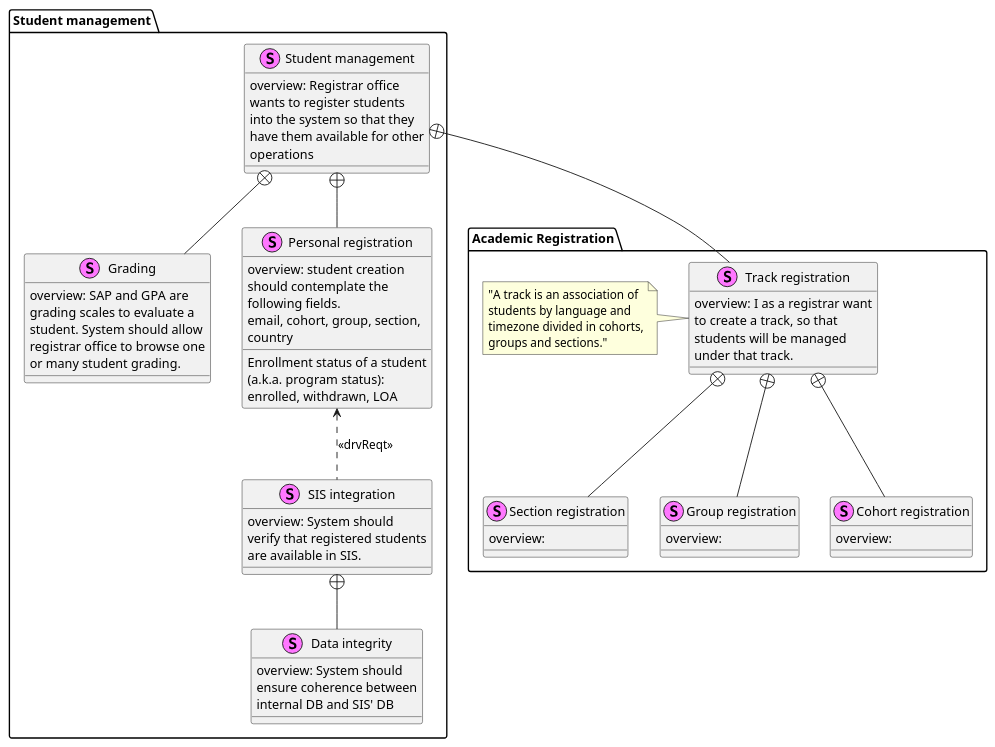
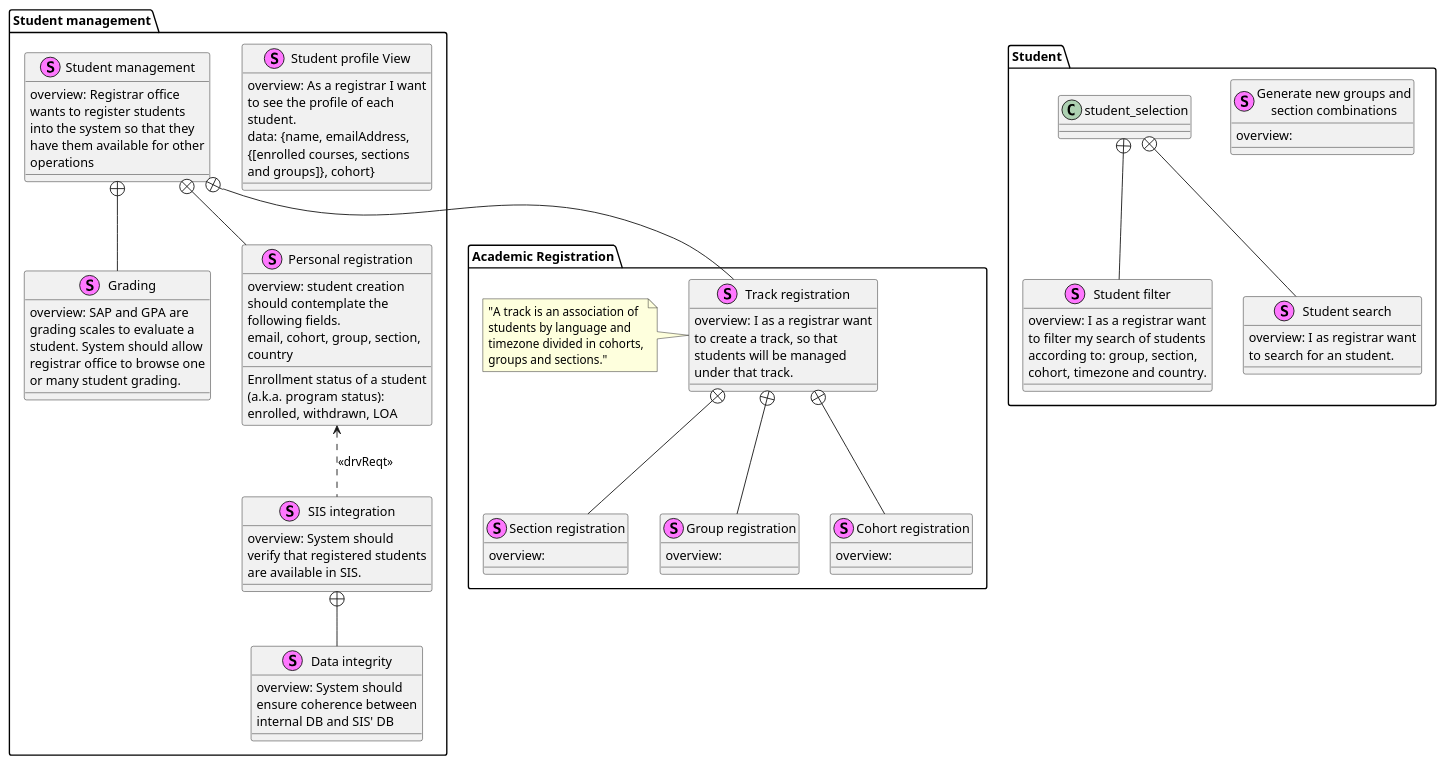
Before and after one commit to zrock-dev-backup/kawsay: the diagram in resources/requirements-diagram/student-management.puml, drawn with PlantUML. The commit also changed 1 other file, not shown here.

```diff
--- a/resources/requirements-diagram/student-management.puml
+++ b/resources/requirements-diagram/student-management.puml
@@ -1,58 +1,76 @@
 @startuml
 skinparam wrapwidth 200
 skinparam defaultFontName Helvetica
 
 skinparam class {
     BackgroundColor<<Requirement>> Beige
+}
+
+package "Student" {
+    stereotype "Generate new groups and section combinations" {
+        {field} overview:
+    }
+    stereotype "Student filter" AS student_filter{
+        {field} overview: I as a registrar want to filter my search of students according to: group, section, cohort, timezone and country.
+    }
+    stereotype "Student search" AS student_search {
+        {field} overview: I as registrar want to search for an student.
+    }
+	student_selection +-- student_search
+	student_selection +-- student_filter
 }
 
 package "Academic Registration" {
     stereotype "Section registration" AS reg_section {
         {field} overview:
     }
     stereotype "Group registration" AS reg_group {
         {field} overview:
     }
     stereotype "Cohort registration" AS reg_cohort {
         {field} overview:
     }
     stereotype "Track registration" AS reg_track {
         {field} overview: I as a registrar want to create a track, so that students will be managed under that track.
 		'{field} Track creation involves selecting cohorts.
 		'{field} Cohort creation involves selecting groups, groups are composed by sections.
     }
 	reg_track +-- reg_group
 	reg_track +-- reg_section
 	reg_track +-- reg_cohort
 	NOTE LEFT OF reg_track
 		"A track is an association of students by language and timezone divided in cohorts, groups and sections."
 	END NOTE
 }
 
 package "Student management" AS pck_student_mgmt{
+    stereotype "Student profile View" {
+        {field} overview: As a registrar I want to see the profile of each student.
+        {field} data: {name, emailAddress, {[enrolled courses, sections and groups]}, cohort}
+    }
     stereotype "Grading" AS grading {
         {field} overview: SAP and GPA are grading scales to evaluate a student. System should allow registrar office to browse one or many student grading.
     }
     stereotype "Data integrity" AS sis_integrity {
         {field} overview: System should ensure coherence between internal DB and SIS' DB
     }
     stereotype "SIS integration" as sis {
         {field} overview: System should verify that registered students are available in SIS.
     }
     sis +-- sis_integrity
     stereotype "Personal registration" AS stu_c{
         {field} overview: student creation should contemplate the following fields.
         Enrollment status of a student (a.k.a. program status): enrolled, withdrawn, LOA
         email, cohort, group, section, country
     }
     stu_c <.. sis: <<drvReqt>>
     stereotype "Student management" AS stu_mgmt{
     ' CRUD operations with students.
         {field} overview: Registrar office wants to register students into the system so that they have them available for other operations
     }
     stu_mgmt +-- grading
     stu_mgmt +-- stu_c
 	stu_mgmt +-- reg_track
 }
 
 @enduml
```
